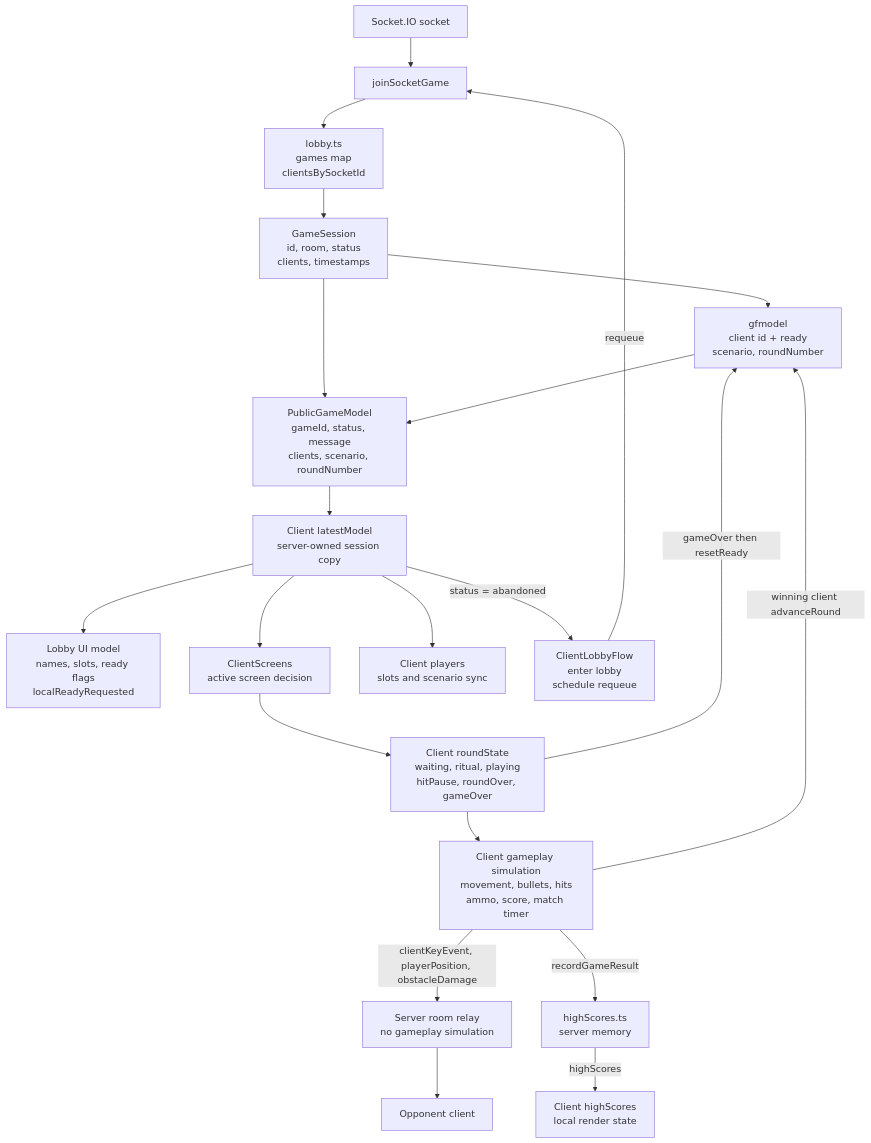
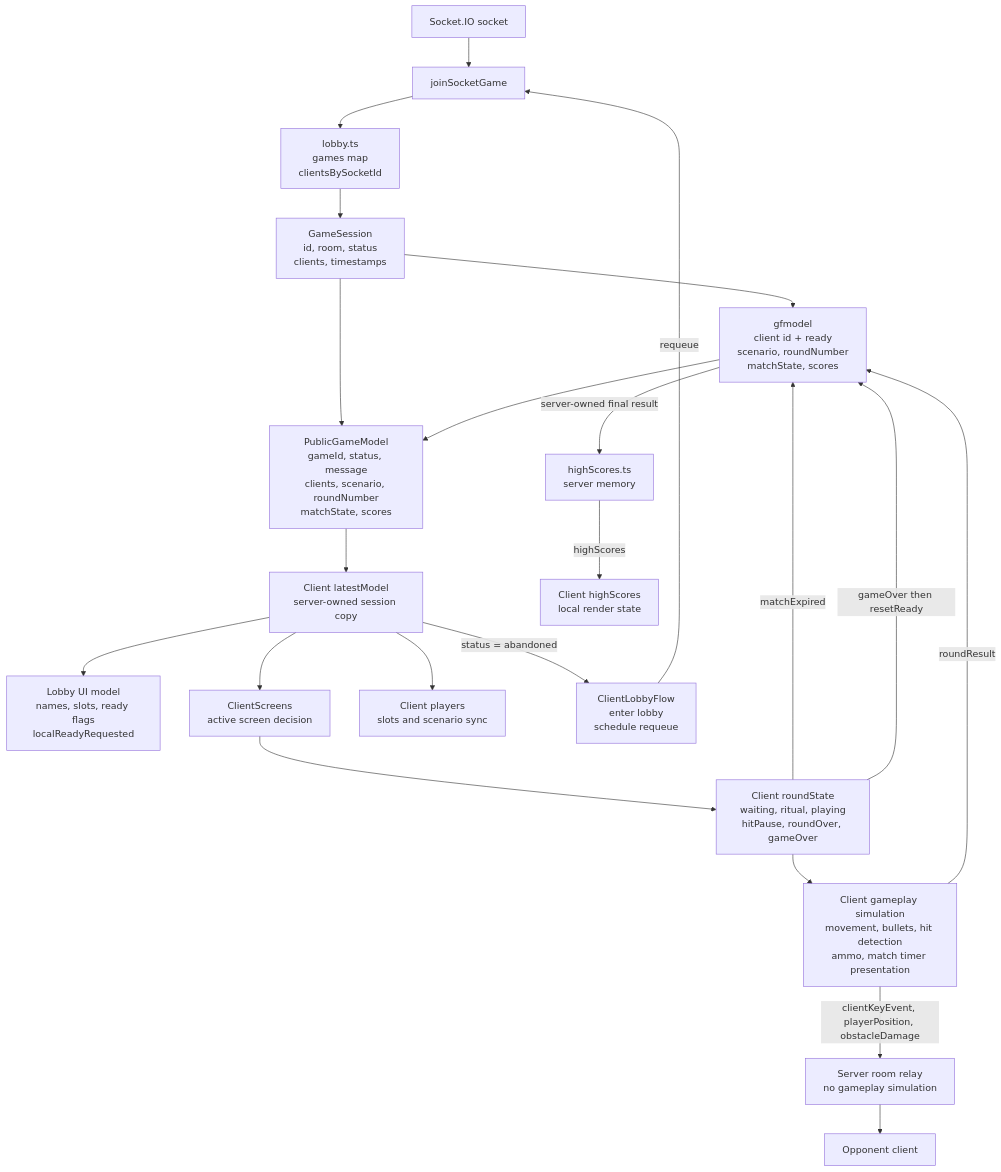
One commit to mkjems/gunfight changed the first of 2 diagrams in documentation/Connection-state-model.md. Above: the diagram before and after it, drawn with Mermaid. The commit also changed other lines of this file and 25 other files, not shown here.

Commit message:
Move game score keeping to server

````diff
--- a/documentation/Connection-state-model.md
+++ b/documentation/Connection-state-model.md
@@ -21,29 +22,30 @@
 ```mermaid
 flowchart TD
     Socket["Socket.IO socket"] --> Join["joinSocketGame"]
     Join --> Lobby["lobby.ts<br/>games map<br/>clientsBySocketId"]
 
     Lobby --> Session["GameSession<br/>id, room, status<br/>clients, timestamps"]
-    Session --> Gfmodel["gfmodel<br/>client id + ready<br/>scenario, roundNumber"]
-    Session --> PublicModel["PublicGameModel<br/>gameId, status, message<br/>clients, scenario, roundNumber"]
+    Session --> Gfmodel["gfmodel<br/>client id + ready<br/>scenario, roundNumber<br/>matchState, scores"]
+    Session --> PublicModel["PublicGameModel<br/>gameId, status, message<br/>clients, scenario, roundNumber<br/>matchState, scores"]
     Gfmodel --> PublicModel
 
     PublicModel --> LatestModel["Client latestModel<br/>server-owned session copy"]
     LatestModel --> LobbyUi["Lobby UI model<br/>names, slots, ready flags<br/>localReadyRequested"]
     LatestModel --> ClientScreens["ClientScreens<br/>active screen decision"]
     LatestModel --> ClientPlayers["Client players<br/>slots and scenario sync"]
 
     ClientScreens --> RoundState["Client roundState<br/>waiting, ritual, playing<br/>hitPause, roundOver, gameOver"]
-    RoundState --> Gameplay["Client gameplay simulation<br/>movement, bullets, hits<br/>ammo, score, match timer"]
+    RoundState --> Gameplay["Client gameplay simulation<br/>movement, bullets, hit detection<br/>ammo, match timer presentation"]
 
     Gameplay -->|"clientKeyEvent, playerPosition, obstacleDamage"| Relay["Server room relay<br/>no gameplay simulation"]
     Relay --> Opponent["Opponent client"]
 
-    Gameplay -->|"recordGameResult"| Scores["highScores.ts<br/>server memory"]
+    Gameplay -->|"roundResult"| Gfmodel
+    RoundState -->|"matchExpired"| Gfmodel
+    Gfmodel -->|"server-owned final result"| Scores["highScores.ts<br/>server memory"]
     Scores -->|"highScores"| ClientHighScores["Client highScores<br/>local render state"]
 
-    Gameplay -->|"winning client advanceRound"| Gfmodel
     RoundState -->|"gameOver then resetReady"| Gfmodel
     LatestModel -->|"status = abandoned"| Abandoned["ClientLobbyFlow<br/>enter lobby<br/>schedule requeue"]
     Abandoned -->|"requeue"| Join
 ```
````
